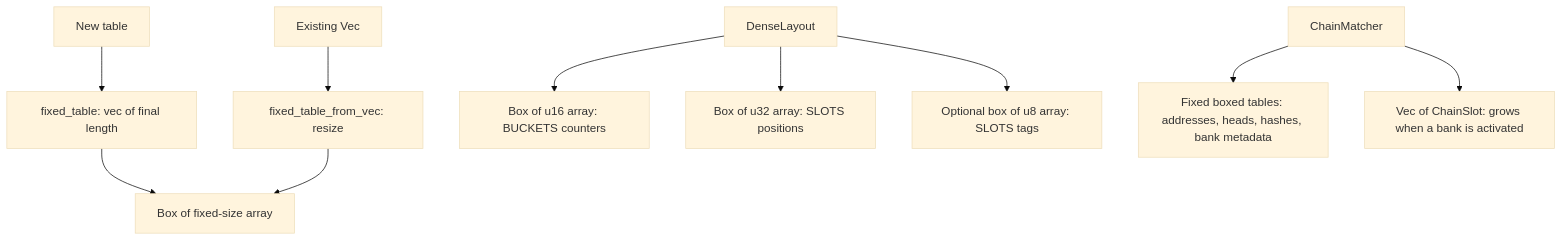
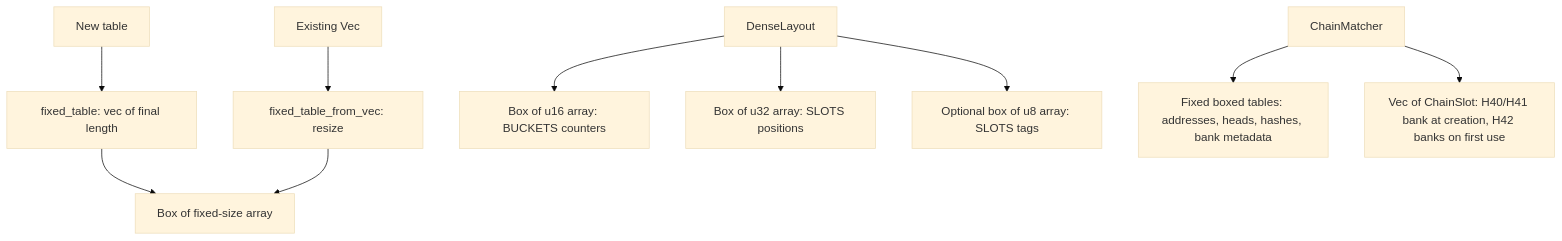
One commit to M-Compressors/mbrotli changed the fourth of 20 diagrams in architecture/greedy-encoder.md. Above: the diagram before and after it, drawn with Mermaid (base theme). The commit also changed other lines of this file and 17 other files, not shown here.

````diff
--- a/architecture/greedy-encoder.md
+++ b/architecture/greedy-encoder.md
@@ -290,12 +316,12 @@
 ```mermaid
 graph TD
     Fresh["New table"] --> Allocate["fixed_table: vec of final length"]
     Existing["Existing Vec"] --> Resize["fixed_table_from_vec: resize"]
     Allocate --> Fixed["Box of fixed-size array"]
     Resize --> Fixed
     DenseLayout --> Counters["Box of u16 array: BUCKETS counters"]
     DenseLayout --> Positions["Box of u32 array: SLOTS positions"]
     DenseLayout --> Tags["Optional box of u8 array: SLOTS tags"]
     ChainMatcher --> Tables["Fixed boxed tables: addresses, heads, hashes, bank metadata"]
-    ChainMatcher --> Slots["Vec of ChainSlot: grows when a bank is activated"]
+    ChainMatcher --> Slots["Vec of ChainSlot: H40/H41 bank at creation, H42 banks on first use"]
 ```
````
